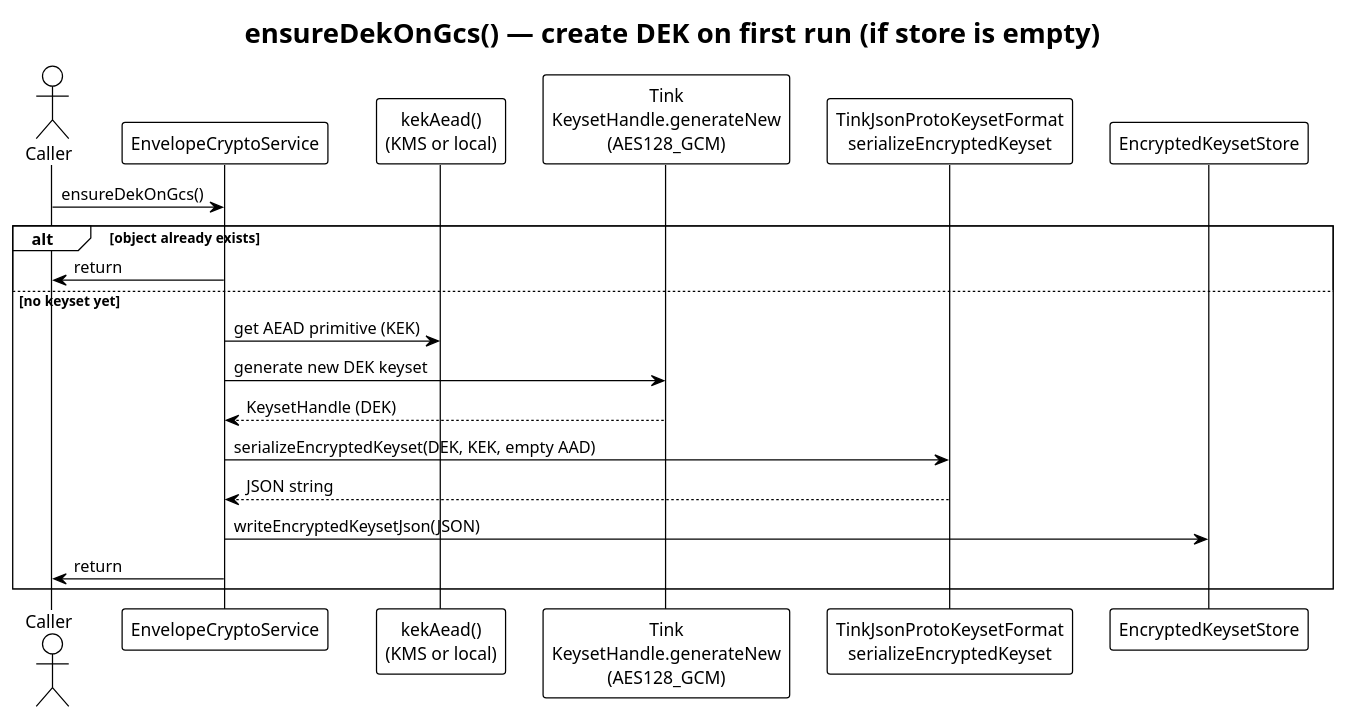
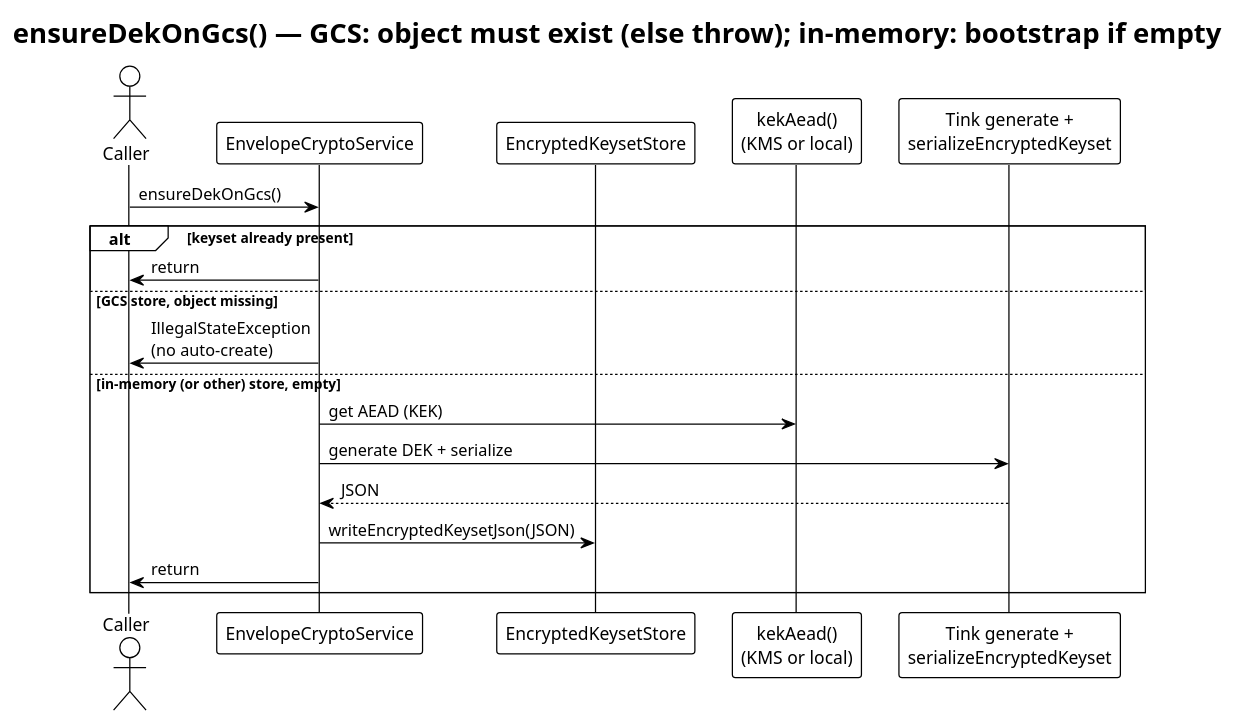
Before and after one commit to vtnhanhcmus/gsk-kms-hsm: the diagram in docs/ensure-dek-sequence.puml, drawn with PlantUML. The commit also changed 3 other files, not shown here.

```diff
--- a/docs/ensure-dek-sequence.puml
+++ b/docs/ensure-dek-sequence.puml
@@ -1,25 +1,24 @@
 @startuml
 !theme plain
-title ensureDekOnGcs() — create DEK on first run (if store is empty)
+title ensureDekOnGcs() — GCS: object must exist (else throw); in-memory: bootstrap if empty
 
 actor Caller
 participant "EnvelopeCryptoService" as svc
+participant "EncryptedKeysetStore" as store
 participant "kekAead()\n(KMS or local)" as kek
-participant "Tink\nKeysetHandle.generateNew\n(AES128_GCM)" as gen
-participant "TinkJsonProtoKeysetFormat\nserializeEncryptedKeyset" as ser
-participant "EncryptedKeysetStore" as store
+participant "Tink generate +\nserializeEncryptedKeyset" as boot
 
 Caller -> svc : ensureDekOnGcs()
-alt object already exists
+alt keyset already present
   svc -> Caller : return
-else no keyset yet
-  svc -> kek : get AEAD primitive (KEK)
-  svc -> gen : generate new DEK keyset
-  gen --> svc : KeysetHandle (DEK)
-  svc -> ser : serializeEncryptedKeyset(DEK, KEK, empty AAD)
-  ser --> svc : JSON string
+else GCS store, object missing
+  svc -> Caller : IllegalStateException\n(no auto-create)
+else in-memory (or other) store, empty
+  svc -> kek : get AEAD (KEK)
+  svc -> boot : generate DEK + serialize
+  boot --> svc : JSON
   svc -> store : writeEncryptedKeysetJson(JSON)
   svc -> Caller : return
 end
 
 @enduml
```
